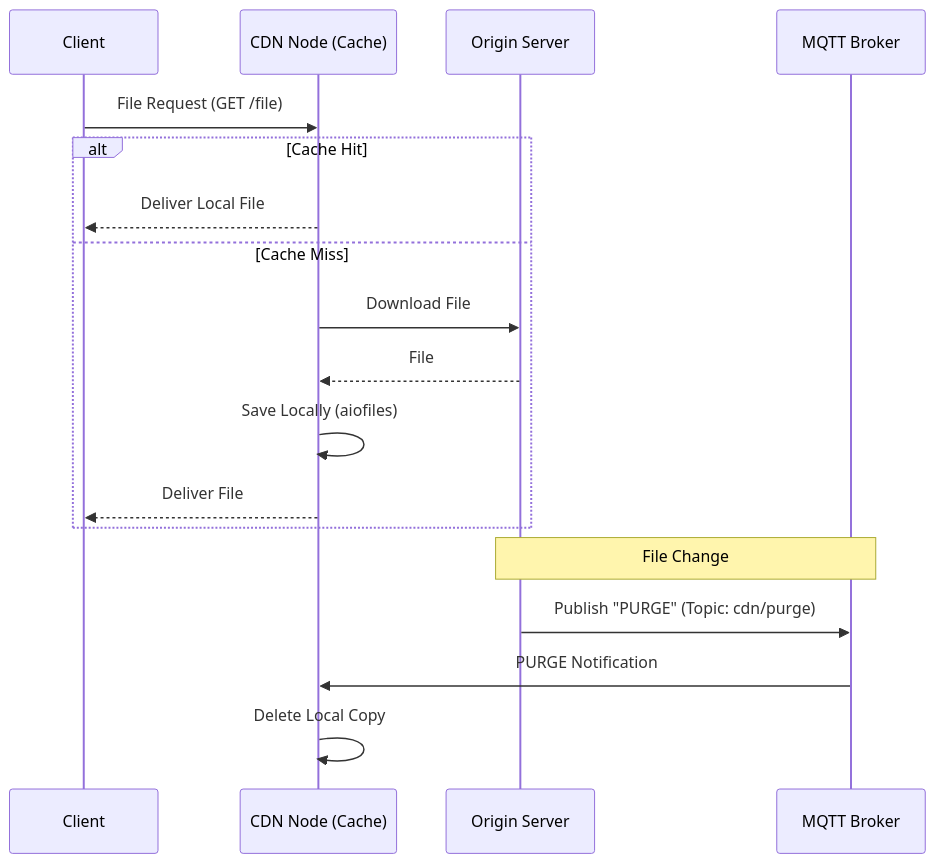
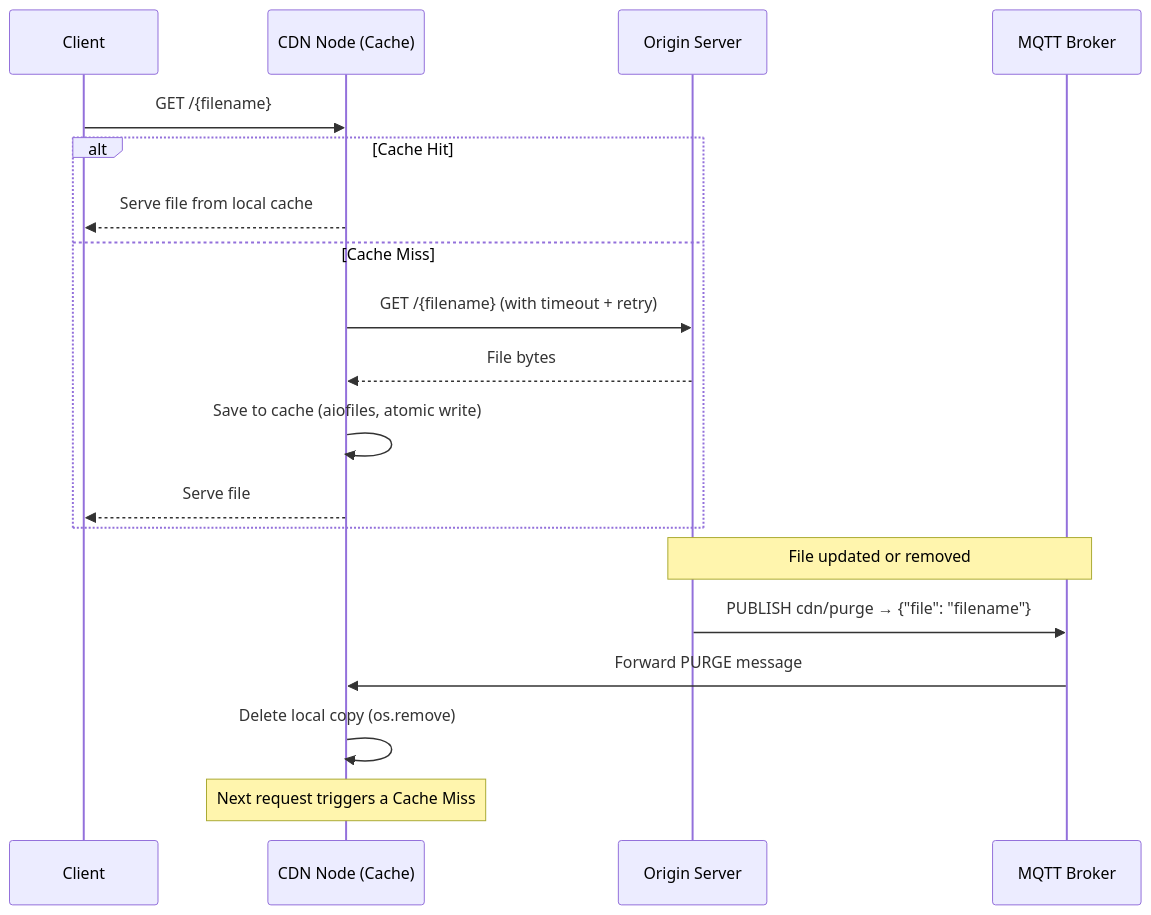
The diagram in STRUCTURE.md (InesLBatista/Cache-Content-Delivery-Network), drawn with Mermaid before and after one commit. The commit also changed other lines of this file and 3 other files, not shown here.

````diff
--- a/STRUCTURE.md
+++ b/STRUCTURE.md
@@ -9,22 +14,23 @@
 ```mermaid
 sequenceDiagram
     participant C as Client
     participant CDN as CDN Node (Cache)
     participant O as Origin Server
     participant M as MQTT Broker
 
-    C->>CDN: File Request (GET /file)
+    C->>CDN: GET /{filename}
     alt Cache Hit
-        CDN-->>C: Deliver Local File
+        CDN-->>C: Serve file from local cache
     else Cache Miss
-        CDN->>O: Download File
-        O-->>CDN: File
-        CDN->>CDN: Save Locally (aiofiles)
-        CDN-->>C: Deliver File
+        CDN->>O: GET /{filename} (with timeout + retry)
+        O-->>CDN: File bytes
+        CDN->>CDN: Save to cache (aiofiles, atomic write)
+        CDN-->>C: Serve file
     end
 
-    Note over O, M: File Change
-    O->>M: Publish "PURGE" (Topic: cdn/purge)
-    M->>CDN: PURGE Notification
-    CDN->>CDN: Delete Local Copy
+    Note over O, M: File updated or removed
+    O->>M: PUBLISH cdn/purge → {"file": "filename"}
+    M->>CDN: Forward PURGE message
+    CDN->>CDN: Delete local copy (os.remove)
+    Note over CDN: Next request triggers a Cache Miss
 ```
````
